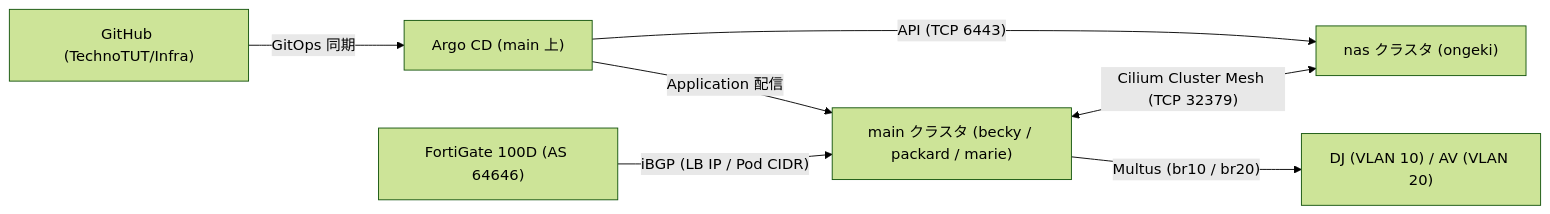
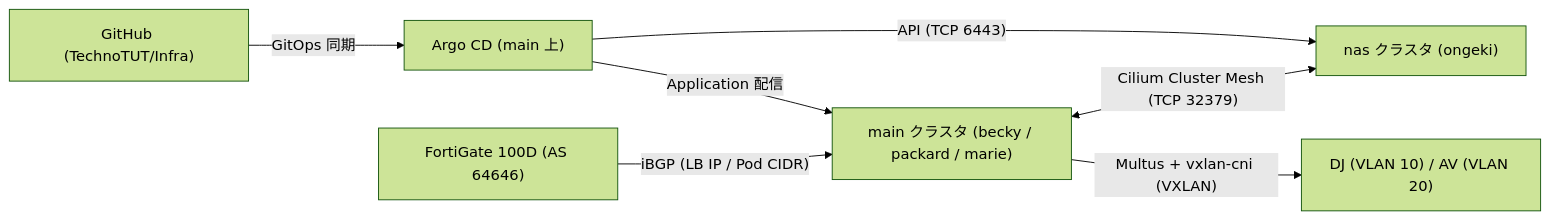
One commit to TechnoTUT/Infra changed the diagram in docs/content/computing/index.mdx. Above: the diagram before and after it, drawn with Mermaid (forest theme). The commit also changed other lines of this file and 14 other files, not shown here.

````diff
--- a/docs/content/computing/index.mdx
+++ b/docs/content/computing/index.mdx
@@ -23,9 +23,9 @@
 ```mermaid
 flowchart LR
   fg["FortiGate 100D (AS 64646)"] -- "iBGP (LB IP / Pod CIDR)" --> main["main クラスタ (becky / packard / marie)"]
   main <-- "Cilium Cluster Mesh (TCP 32379)" --> nas["nas クラスタ (ongeki)"]
-  main -- "Multus (br10 / br20)" --> vlans["DJ (VLAN 10) / AV (VLAN 20)"]
+  main -- "Multus + vxlan-cni (VXLAN)" --> vlans["DJ (VLAN 10) / AV (VLAN 20)"]
   repo["GitHub (TechnoTUT/Infra)"] -- "GitOps 同期" --> argocd["Argo CD (main 上)"]
   argocd -- "Application 配信" --> main
   argocd -- "API (TCP 6443)" --> nas
 ```
````
